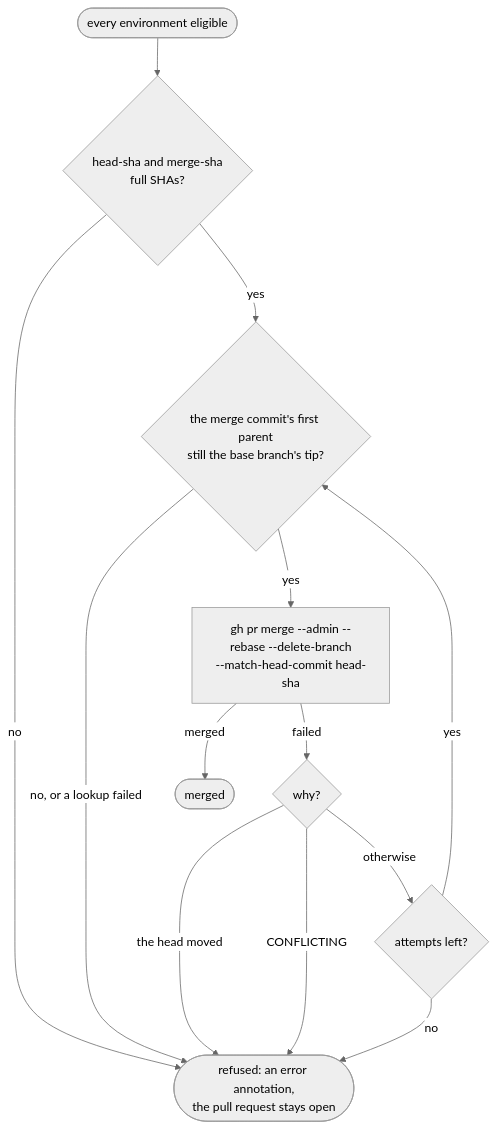
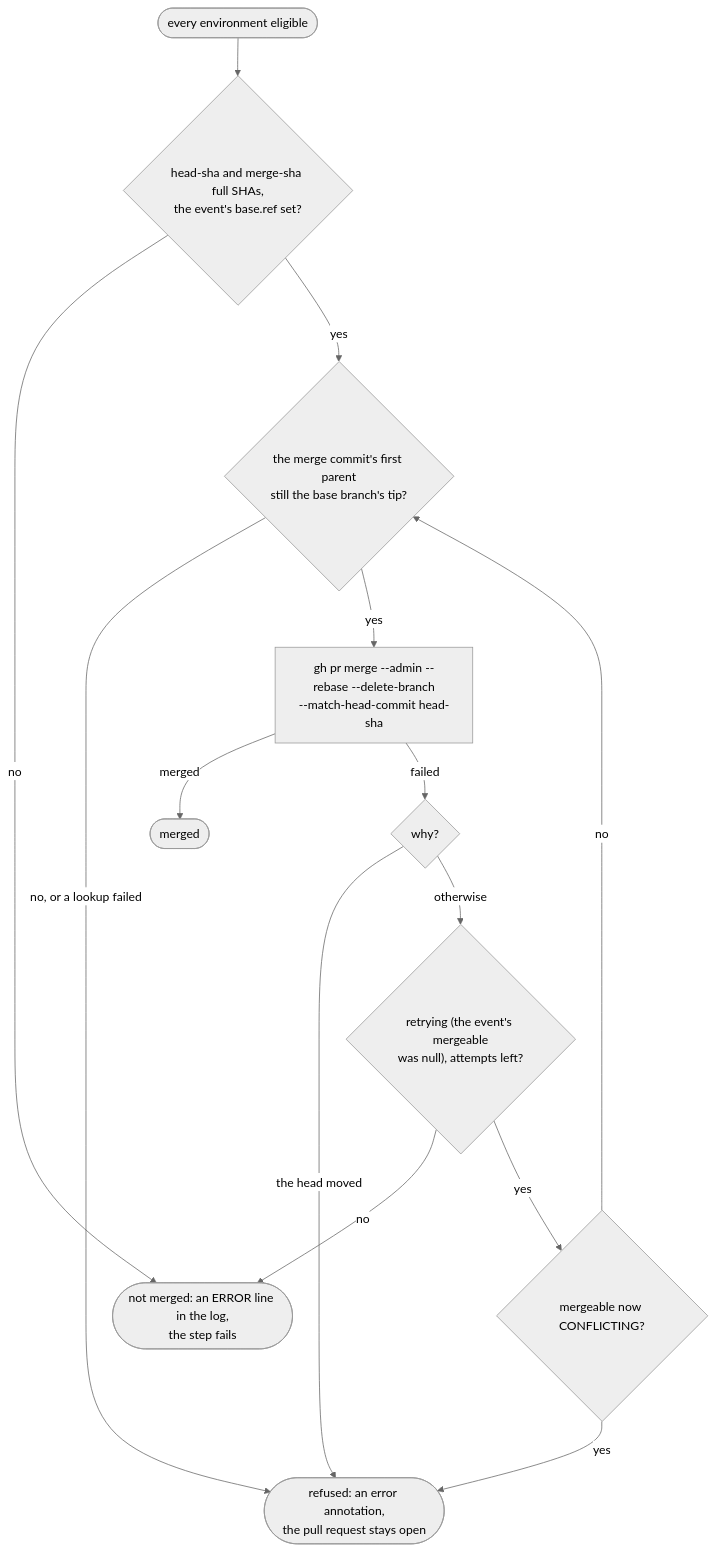
The third of 3 diagrams in docs/Auto-merge.md (dsb-norge/github-actions-terraform), drawn with Mermaid (neutral theme) before and after one commit. The commit also changed other lines of this file, not shown here.

First line of the commit message:
docs(auto-merge): the merger's stops and the counts' input as built

````diff
--- a/docs/Auto-merge.md
+++ b/docs/Auto-merge.md
@@ -219,15 +220,16 @@
 ```mermaid
 flowchart TD
-  start(["every environment eligible"]) --> inputs{"head-sha and merge-sha<br/>full SHAs?"}
-  inputs -->|no| refuse(["refused: an error annotation,<br/>the pull request stays open"])
+  start(["every environment eligible"]) --> inputs{"head-sha and merge-sha full SHAs,<br/>the event's base.ref set?"}
+  inputs -->|no| stop(["not merged: an ERROR line in the log,<br/>the step fails"])
   inputs -->|yes| base{"the merge commit's first parent<br/>still the base branch's tip?"}
-  base -->|"no, or a lookup failed"| refuse
+  base -->|"no, or a lookup failed"| refuse(["refused: an error annotation,<br/>the pull request stays open"])
   base -->|yes| merge["gh pr merge --admin --rebase --delete-branch<br/>--match-head-commit head-sha"]
   merge -->|merged| done(["merged"])
   merge -->|failed| why{"why?"}
   why -->|the head moved| refuse
-  why -->|CONFLICTING| refuse
-  why -->|otherwise| retry{"attempts left?"}
-  retry -->|yes| base
-  retry -->|no| refuse
+  why -->|otherwise| retry{"retrying (the event's mergeable<br/>was null), attempts left?"}
+  retry -->|no| stop
+  retry -->|yes| conflict{"mergeable now CONFLICTING?"}
+  conflict -->|yes| refuse
+  conflict -->|no| base
 ```
````
